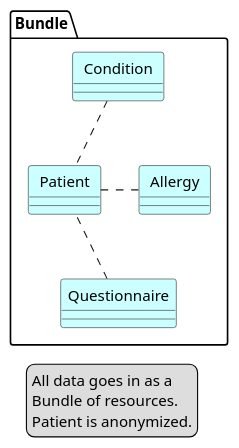
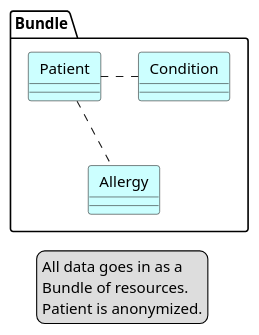
The diagram in input/images-source/getDataToCollect-request.plantuml (hl7-be/pss), drawn with PlantUML before and after one commit. The commit also changed 1 other file, not shown here.

Commit message:
fix diagrams

```diff
--- a/input/images-source/getDataToCollect-request.plantuml
+++ b/input/images-source/getDataToCollect-request.plantuml
@@ -1,34 +1,28 @@
 @startuml
 skinparam linetype polyline
 hide circle
 hide stereotype
 
 package "Bundle" {
   class "  Condition  " as RG #cff{
   }
 
   class "  Patient  " as P #cff{
   }
-P .u. RG 
-P .r. T 
-P .u. CD 
+P .r. RG 
+P .d. T 
 
 
   class "  Allergy  " as T #cff{
   }
 
 RG -[hidden]- T 
-
-  class " Questionnaire " as CD #cff{
-  }
-
-T -[hidden]- CD
 
 }
 legend
 All data goes in as a
 Bundle of resources.
 Patient is anonymized.
 endlegend
 
 @enduml
```
